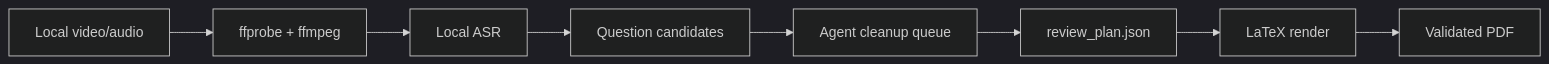
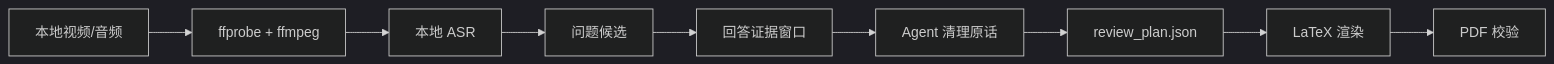
Before and after one commit to K1XE/InterviewForge: the diagram in README.md, drawn with Mermaid (dark theme). The commit also changed other lines of this file and 1 other file, not shown here.

````diff
--- a/README.md
+++ b/README.md
@@ -34,10 +42,11 @@
 ```mermaid
 flowchart LR
-    A["Local video/audio"] --> B["ffprobe + ffmpeg"]
-    B --> C["Local ASR"]
-    C --> D["Question candidates"]
-    D --> E["Agent cleanup queue"]
-    E --> F["review_plan.json"]
-    F --> G["LaTeX render"]
-    G --> H["Validated PDF"]
+    A["本地视频/音频"] --> B["ffprobe + ffmpeg"]
+    B --> C["本地 ASR"]
+    C --> D["问题候选"]
+    D --> E["回答证据窗口"]
+    E --> F["Agent 清理原话"]
+    F --> G["review_plan.json"]
+    G --> H["LaTeX 渲染"]
+    H --> I["PDF 校验"]
 ```
````
